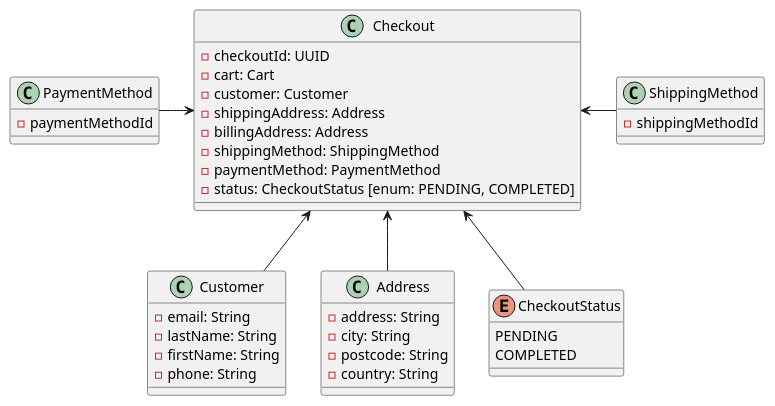
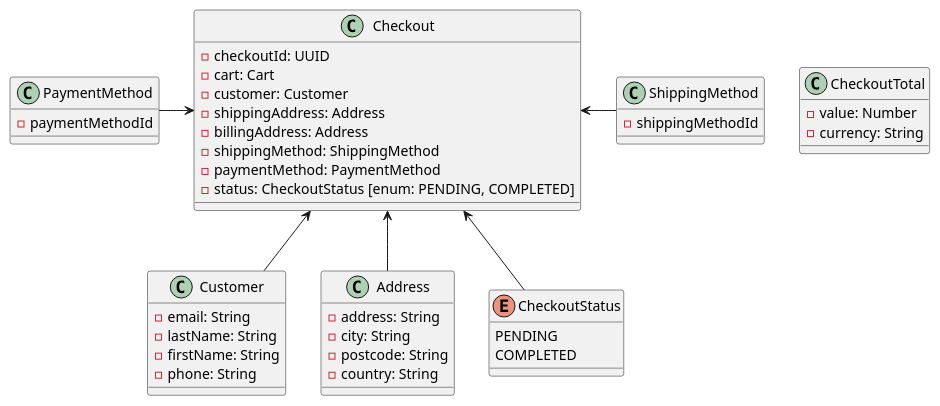
One commit to szabolaszlo/storefrontdemo changed the first of 2 diagrams in Checkout/App/docs/api.adoc. Above: the diagram before and after it, drawn with PlantUML. The commit also changed other lines of this file, not shown here.

Commit message:
plantuml update

```diff
--- a/Checkout/App/docs/api.adoc
+++ b/Checkout/App/docs/api.adoc
@@ -191,46 +199,51 @@
 [plantuml]
 ----
 class Checkout {
     - checkoutId: UUID
     - cart: Cart
     - customer: Customer
     - shippingAddress: Address
     - billingAddress: Address
     - shippingMethod: ShippingMethod
     - paymentMethod: PaymentMethod
     - status: CheckoutStatus [enum: PENDING, COMPLETED]
 }
 
 class Customer {
     - email: String
     - lastName: String
     - firstName: String
     - phone: String
 }
 
 class Address {
     - address: String
     - city: String
     - postcode: String
     - country: String
 }
 
 class ShippingMethod {
     - shippingMethodId
 }
 
 class PaymentMethod {
     - paymentMethodId
 }
 
+class CheckoutTotal {
+    - value: Number
+    - currency: String
+}
+
 enum CheckoutStatus {
     PENDING
     COMPLETED
 }
 
 Checkout <-- Customer
 Checkout <-- Address
 Checkout <- ShippingMethod
 PaymentMethod -> Checkout
 Checkout <-- CheckoutStatus
 ----
```
